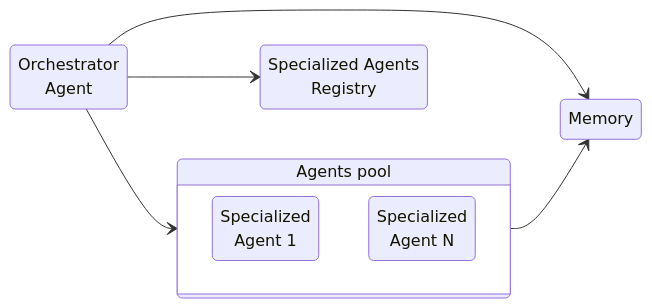
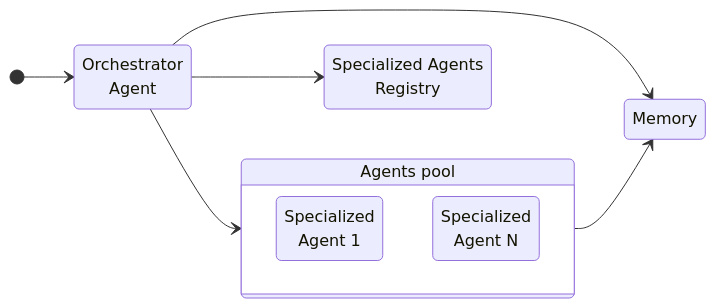
Before and after one commit to microsoft/multi-agent-reference-architecture: the diagram in docs/building-blocks/Building-Blocks.md, drawn with Mermaid.

Commit message:
fix: buildin blocks diagram entrypoint

````diff
--- a/docs/building-blocks/Building-Blocks.md
+++ b/docs/building-blocks/Building-Blocks.md
@@ -5,19 +5,20 @@
 ```mermaid
 
 stateDiagram
     Agents: Agents pool
     Orchestrator: Orchestrator <br/>Agent
     Registry: Specialized Agents<br> Registry
     Agent1: Specialized <br/>Agent 1
     AgentN: Specialized <br/>Agent N
 
+    [*] --> Orchestrator
     direction LR
     Orchestrator --> Agents
     Orchestrator --> Registry
     Orchestrator --> Memory
     state Agents {
       Agent1
       AgentN
     }
     Agents --> Memory
 ```
````
